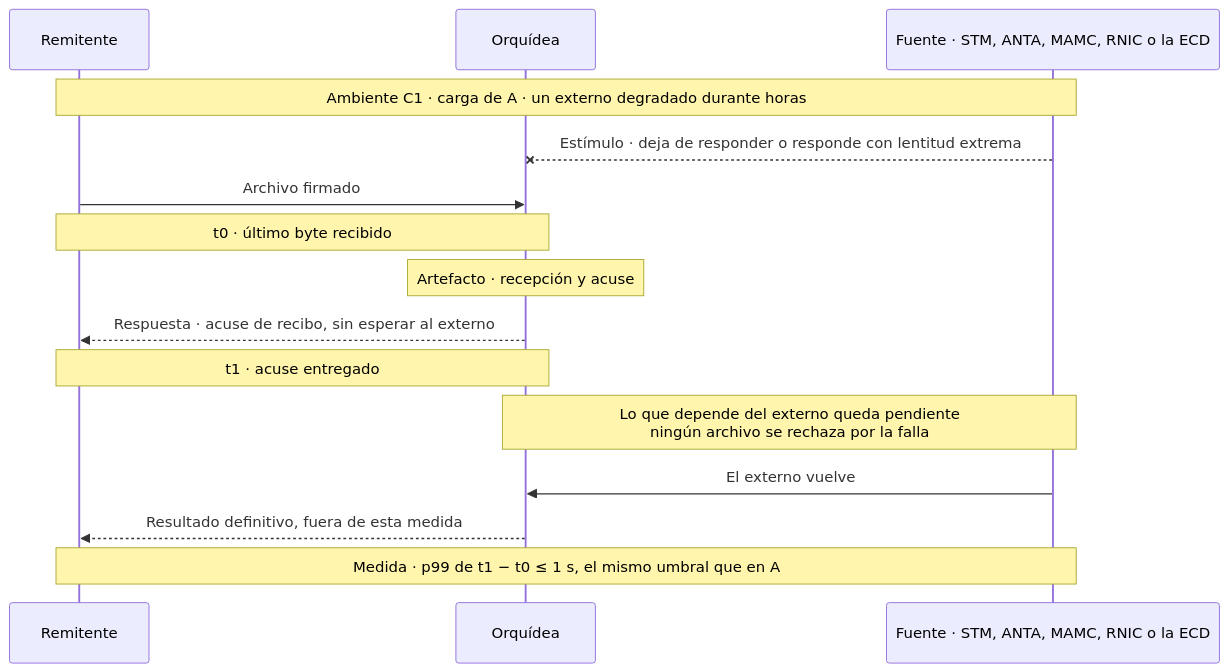
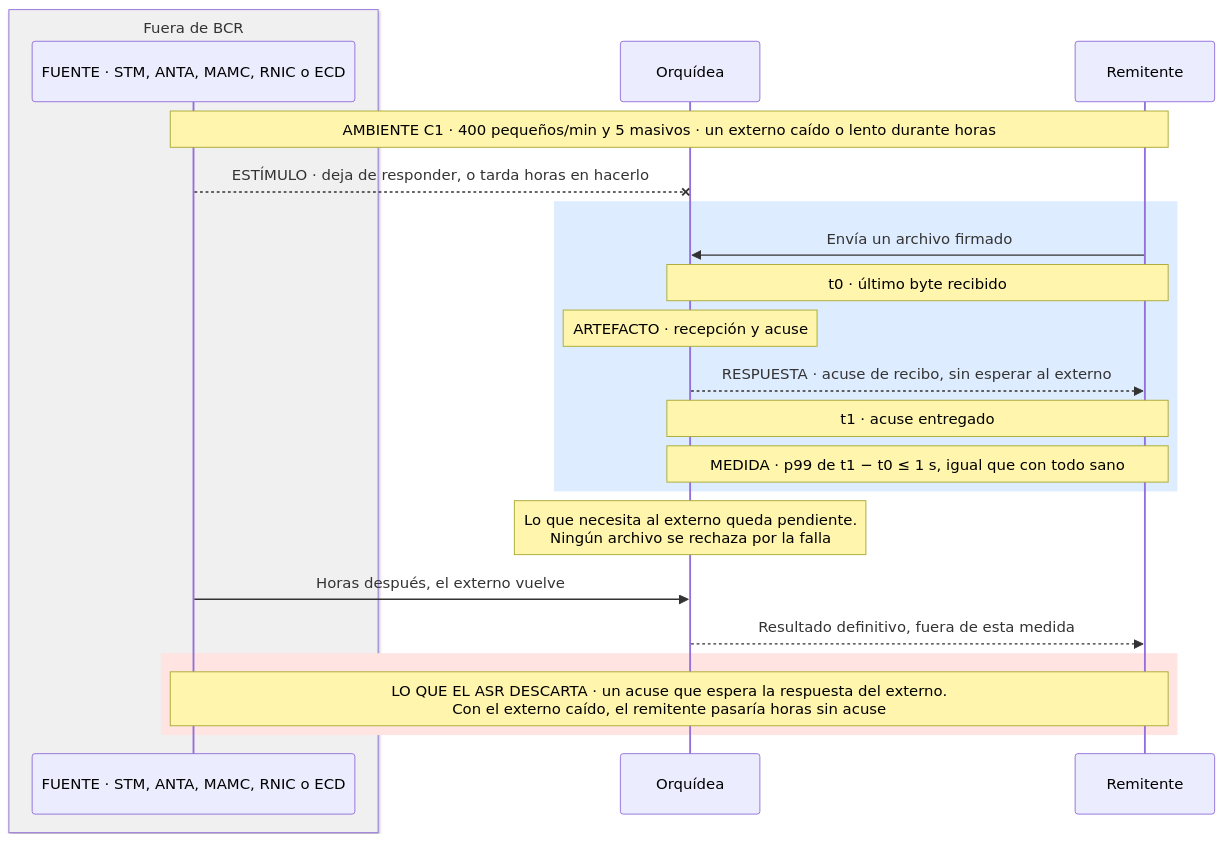
The second of 17 diagrams in docs/quality-attributes.md (MATI-MBIT/arqsoft-reto-4), drawn with Mermaid before and after one commit. The commit also changed other lines of this file, not shown here.

Commit message:
Rediseña los diagramas de los ASR: banda de lo medido y banda de lo que el ASR descarta

````diff
--- a/docs/quality-attributes.md
+++ b/docs/quality-attributes.md
@@ -180,17 +185,24 @@
 ```mermaid
 sequenceDiagram
+    box rgb(240,240,240) Fuera de BCR
+    participant X as FUENTE · STM, ANTA, MAMC, RNIC o ECD
+    end
+    participant O as Orquídea
     participant R as Remitente
-    participant O as Orquídea
-    participant X as Fuente · STM, ANTA, MAMC, RNIC o la ECD
-    Note over R,X: Ambiente C1 · carga de A · un externo degradado durante horas
-    X--xO: Estímulo · deja de responder o responde con lentitud extrema
-    R->>O: Archivo firmado
-    Note over R,O: t0 · último byte recibido
-    Note over O: Artefacto · recepción y acuse
-    O-->>R: Respuesta · acuse de recibo, sin esperar al externo
-    Note over R,O: t1 · acuse entregado
-    Note over O,X: Lo que depende del externo queda pendiente<br/>ningún archivo se rechaza por la falla
-    X->>O: El externo vuelve
+    Note over X,R: AMBIENTE C1 · 400 pequeños/min y 5 masivos · un externo caído o lento durante horas
+    X--xO: ESTÍMULO · deja de responder, o tarda horas en hacerlo
+    rect rgb(222, 236, 255)
+    R->>O: Envía un archivo firmado
+    Note over O,R: t0 · último byte recibido
+    Note over O: ARTEFACTO · recepción y acuse
+    O-->>R: RESPUESTA · acuse de recibo, sin esperar al externo
+    Note over O,R: t1 · acuse entregado
+    Note over O,R: MEDIDA · p99 de t1 − t0 ≤ 1 s, igual que con todo sano
+    end
+    Note over O: Lo que necesita al externo queda pendiente.<br/>Ningún archivo se rechaza por la falla
+    X->>O: Horas después, el externo vuelve
     O-->>R: Resultado definitivo, fuera de esta medida
-    Note over R,X: Medida · p99 de t1 − t0 ≤ 1 s, el mismo umbral que en A
+    rect rgb(255, 228, 225)
+    Note over X,R: LO QUE EL ASR DESCARTA · un acuse que espera la respuesta del externo.<br/>Con el externo caído, el remitente pasaría horas sin acuse
+    end
 ```
````
